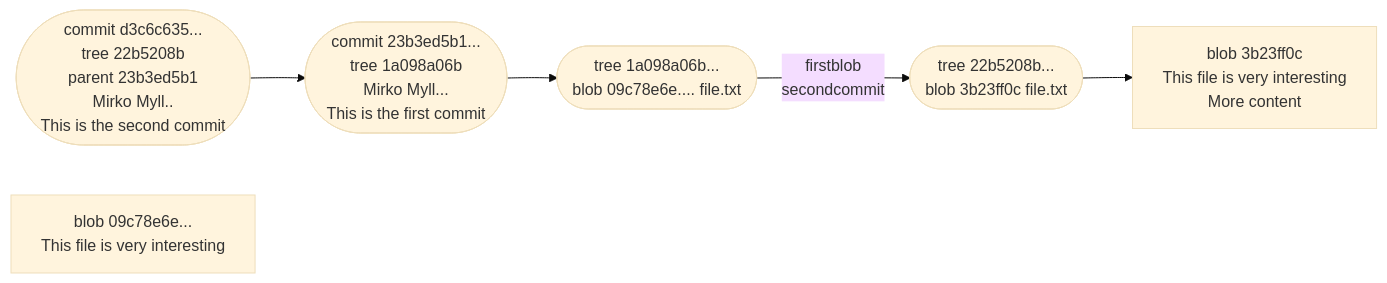
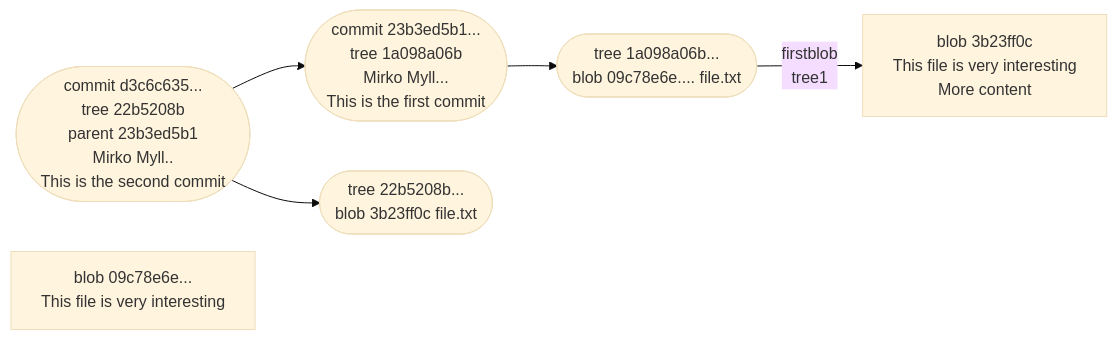
Before and after one commit to hpc2n/course-intro-git: diagram 15 of 26 in docs/basic-concepts.md, drawn with Mermaid (base theme).

Commit message:
Adding lecture 3

````diff
--- a/docs/basic-concepts.md
+++ b/docs/basic-concepts.md
@@ -963,11 +963,11 @@
 ```mermaid
 graph LR
-  secondcommit(["commit d3c6c635...<br>tree 22b5208b<br>parent 23b3ed5b1<br>Mirko Myll..<br>This is the second commit"]) --> firstcommit(["commit 23b3ed5b1...<br>tree 1a098a06b<br>Mirko Myll...<br>This is the first commit"])
+  secondcommit(["commit d3c6c635...<br>tree 22b5208b<br>parent 23b3ed5b1<br>Mirko Myll..<br>This is the second commit"]) --> firstcommit(["commit 23b3ed5b1...<br>tree 1a098a06b<br>Mirko Myll...<br>This is the first commit"]) --> tree2(["tree 1a098a06b...<br>blob 09c78e6e.... file.txt"]) 
+
+  secondcommit --> tree1(["tree 22b5208b...<br>blob 3b23ff0c file.txt"])
   secondblob["blob 3b23ff0c<br>This file is very interesting<br>More content"]
   firstblob["blob 09c78e6e...<br>This file is very interesting"]
-  tree2(["tree 1a098a06b...<br>blob 09c78e6e.... file.txt"])
-  tree1(["tree 22b5208b...<br>blob 3b23ff0c file.txt"])
   
-  firstcommit --> tree2 -- firstblob
-  secondcommit --> tree1 --> secondblob
+  tree2 -- firstblob
+  tree1 --> secondblob
 ```
````
